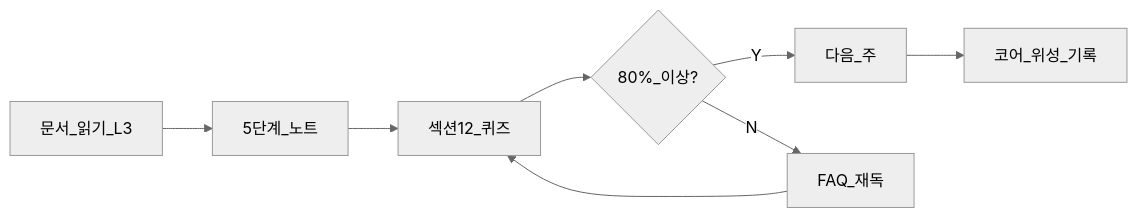
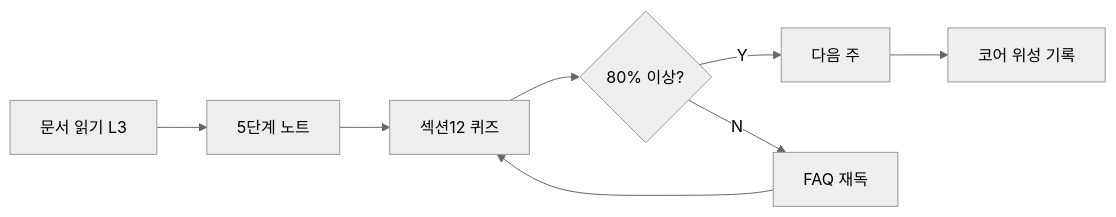
Before and after one commit to goldanghenry/Finances: the third of 4 diagrams in 03-markets/sectors/recommended-deep-study-roadmap.md, drawn with Mermaid (neutral theme). The commit also changed other lines of this file and 211 other files, not shown here.

````diff
--- a/03-markets/sectors/recommended-deep-study-roadmap.md
+++ b/03-markets/sectors/recommended-deep-study-roadmap.md
@@ -162,10 +168,10 @@
 ```mermaid
 flowchart LR
-  Read[문서_읽기_L3] --> Note[5단계_노트]
-  Note --> Quiz[섹션12_퀴즈]
-  Quiz --> Pass{80%_이상?}
-  Pass -->|Y| Next[다음_주]
-  Pass -->|N| Retry[FAQ_재독]
+  Read["문서 읽기 L3"] --> Note["5단계 노트"]
+  Note --> Quiz["섹션12 퀴즈"]
+  Quiz --> Pass{"80% 이상?"}
+  Pass -->|Y| Next["다음 주"]
+  Pass -->|N| Retry["FAQ 재독"]
   Retry --> Quiz
-  Next --> Port[코어_위성_기록]
+  Next --> Port["코어 위성 기록"]
 ```
````
